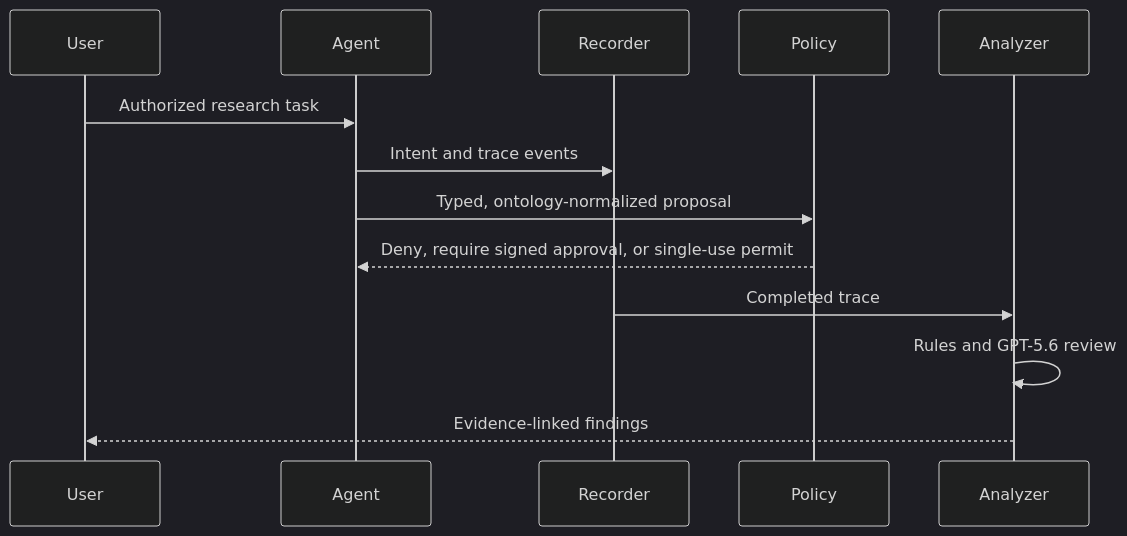
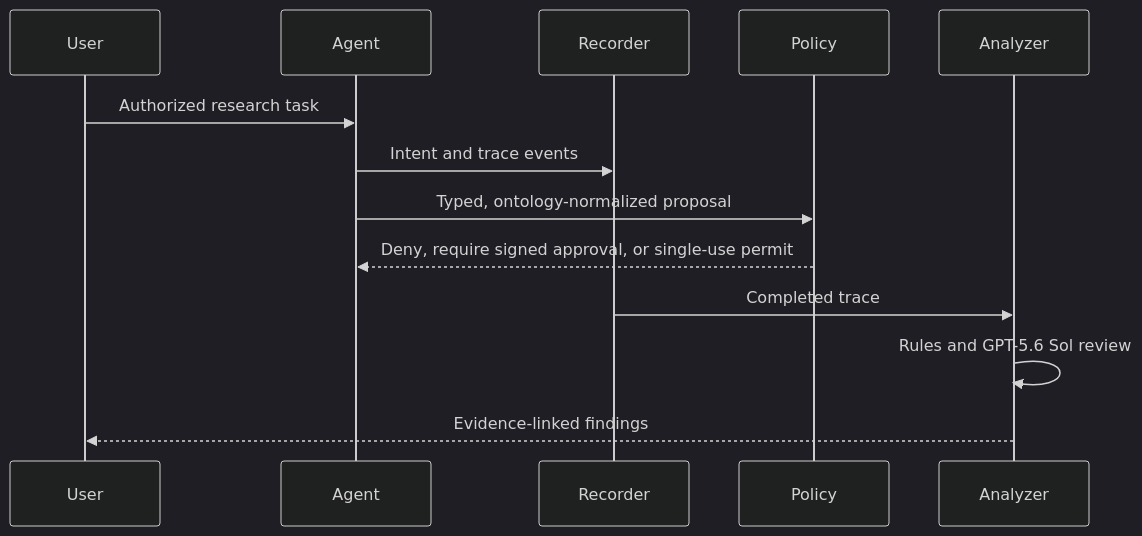
The second of 3 diagrams in ARCHITECTURE.md (kenhuangus/causal-gate), drawn with Mermaid (dark theme) before and after one commit. The commit also changed other lines of this file and 60 other files, not shown here.

````diff
--- a/ARCHITECTURE.md
+++ b/ARCHITECTURE.md
@@ -45,15 +45,15 @@
 ```mermaid
 sequenceDiagram
     participant User
     participant Agent
     participant Recorder
     participant Policy
     participant Analyzer
     User->>Agent: Authorized research task
     Agent->>Recorder: Intent and trace events
     Agent->>Policy: Typed, ontology-normalized proposal
     Policy-->>Agent: Deny, require signed approval, or single-use permit
     Recorder->>Analyzer: Completed trace
-    Analyzer->>Analyzer: Rules and GPT-5.6 review
+    Analyzer->>Analyzer: Rules and GPT-5.6 Sol review
     Analyzer-->>User: Evidence-linked findings
 ```
````
